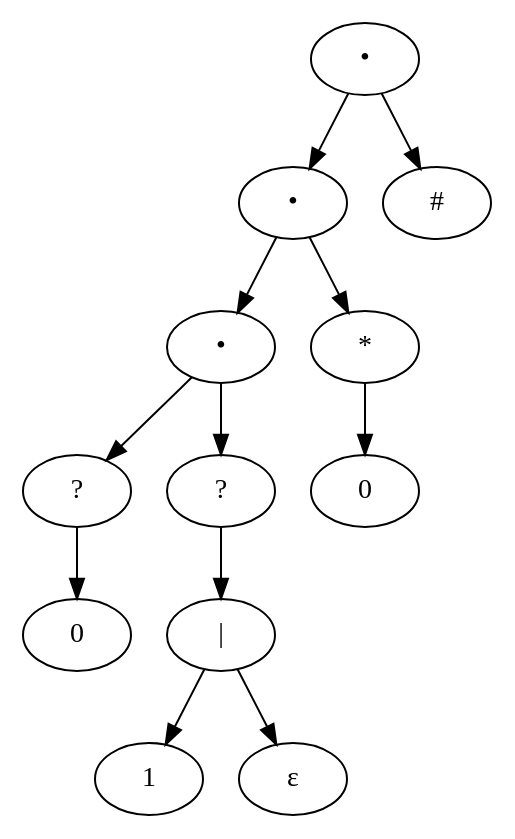
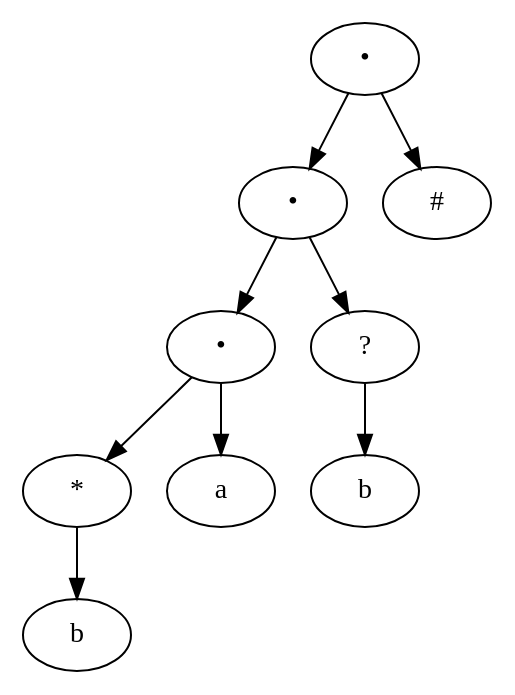
Before and after one commit to Yong-Park/Lab_A_DL_UVG_2023: the diagram in tree.gv, drawn with Graphviz. The commit also changed 12 other files, not shown here.

```diff
--- a/tree.gv
+++ b/tree.gv
@@ -1,25 +1,19 @@
 digraph {
-	27859680 [label="•"]
-	27859680 -> 27859344
-	27859344 [label="•"]
-	27859344 -> 27859392
-	27859392 [label="•"]
-	27859392 -> 27859296
-	27859296 [label="?"]
-	27859296 -> 27859440
-	27859440 [label=0]
-	27859392 -> 27860112
-	27860112 [label="?"]
-	27860112 -> 27858960
-	27858960 [label="|"]
-	27858960 -> 27860160
-	27860160 [label=1]
-	27858960 -> 27859920
-	27859920 [label="ε"]
-	27859344 -> 27859536
-	27859536 [label="*"]
-	27859536 -> 27860064
-	27860064 [label=0]
-	27859680 -> 27859872
-	27859872 [label="#"]
+	27990608 [label="•"]
+	27990608 -> 27990464
+	27990464 [label="•"]
+	27990464 -> 27990992
+	27990992 [label="•"]
+	27990992 -> 27990368
+	27990368 [label="*"]
+	27990368 -> 27990512
+	27990512 [label=b]
+	27990992 -> 27991232
+	27991232 [label=a]
+	27990464 -> 27991184
+	27991184 [label="?"]
+	27991184 -> 27990032
+	27990032 [label=b]
+	27990608 -> 27991136
+	27991136 [label="#"]
 }
```
